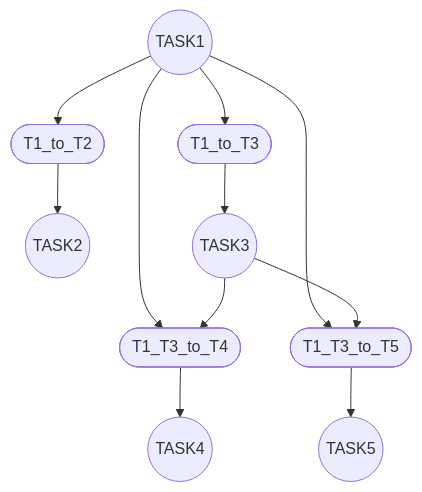
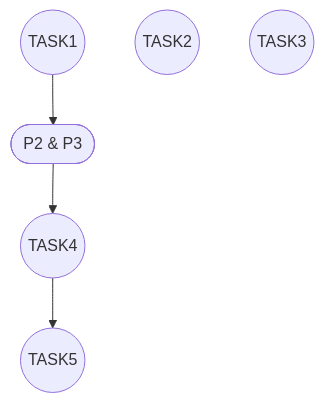
One commit to truonghienminh-HCMUT/BTL-MHH changed the diagram in TASK6_BTL_HK251-main/TASK6_BTL_HK251-main/README.md. Above: the diagram before and after it, drawn with Mermaid.

````diff
--- a/TASK6_BTL_HK251-main/TASK6_BTL_HK251-main/README.md
+++ b/TASK6_BTL_HK251-main/TASK6_BTL_HK251-main/README.md
@@ -5,31 +5,18 @@
 ```mermaid
 flowchart TD
 
     %% Places
     P1(("TASK1"))
     P2(("TASK2"))
     P3(("TASK3"))
     P4(("TASK4"))
     P5(("TASK5"))
 
     %% Transitions
-    T12([T1_to_T2])
-    T13([T1_to_T3])
-    T134([T1_T3_to_T4])
-    T135([T1_T3_to_T5])
+    P23([P2 & P3])
 
     %% Arcs
-    P1 --> T12
-    T12 --> P2
-
-    P1 --> T13
-    T13 --> P3
-
-    P1 --> T134
-    P3 --> T134
-    T134 --> P4
-
-    P1 --> T135
-    P3 --> T135
-    T135 --> P5
+    P1 --> P23
+    P23 --> P4
+    P4 --> P5
 ```
````
